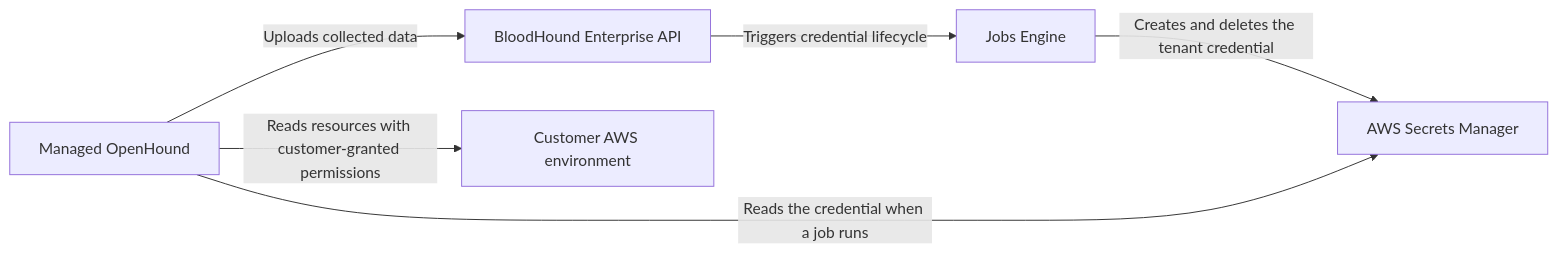
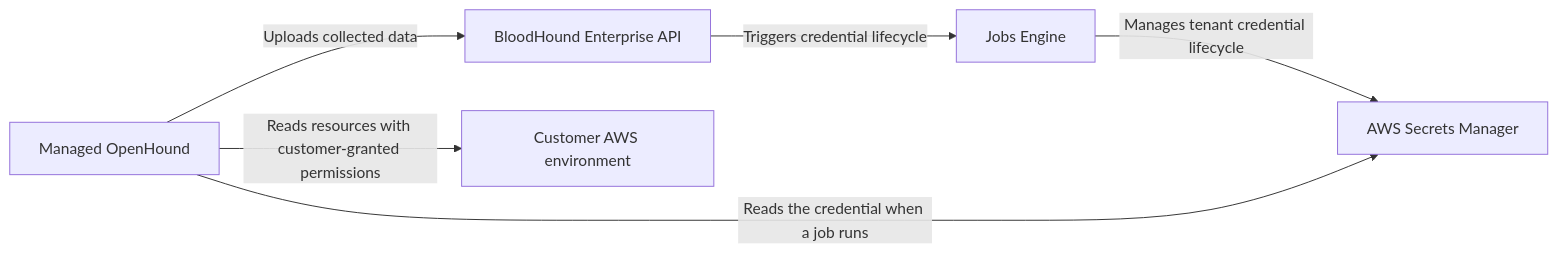
Before and after one commit to SpecterOps/bloodhound-docs: the diagram in docs/collect-data/enterprise-collection/managed-collectors/security-and-compliance.mdx, drawn with Mermaid. The commit also changed other lines of this file and 3 other files, not shown here.

````diff
--- a/docs/collect-data/enterprise-collection/managed-collectors/security-and-compliance.mdx
+++ b/docs/collect-data/enterprise-collection/managed-collectors/security-and-compliance.mdx
@@ -19,14 +19,14 @@
 ```mermaid
 flowchart LR
     BHE[BloodHound Enterprise API]
     Jobs[Jobs Engine]
     Secrets[AWS Secrets Manager]
     Collector[Managed OpenHound]
     AWS[Customer AWS environment]
 
     BHE -->|Triggers credential lifecycle| Jobs
-    Jobs -->|Creates and deletes the tenant credential| Secrets
+    Jobs -->|Manages tenant credential lifecycle| Secrets
     Collector -->|Reads the credential when a job runs| Secrets
     Collector -->|Reads resources with customer-granted permissions| AWS
     Collector -->|Uploads collected data| BHE
 ```
````
